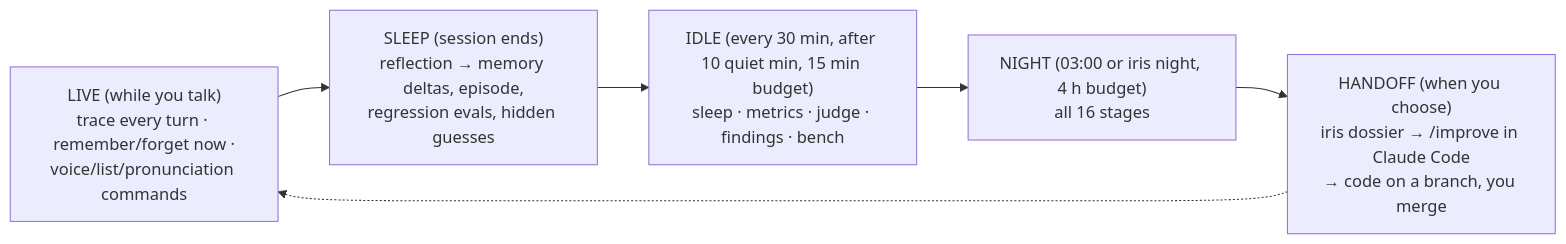
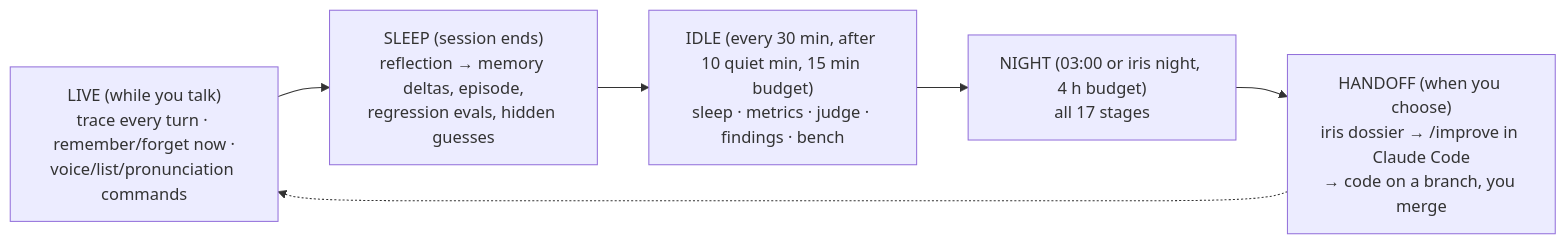
The first of 7 diagrams in docs/architecture/08-learning-loops.md (tronnyg/the-iris-system), drawn with Mermaid before and after one commit. The commit also changed other lines of this file and 14 other files, not shown here.

````diff
--- a/docs/architecture/08-learning-loops.md
+++ b/docs/architecture/08-learning-loops.md
@@ -9,9 +9,9 @@
 ```mermaid
 flowchart LR
     LIVE["LIVE (while you talk)<br/>trace every turn · remember/forget now ·<br/>voice/list/pronunciation commands"] --> SLEEP
     SLEEP["SLEEP (session ends)<br/>reflection → memory deltas, episode,<br/>regression evals, hidden guesses"] --> IDLE
     IDLE["IDLE (every 30 min, after 10 quiet min, 15 min budget)<br/>sleep · metrics · judge · findings · bench"] --> NIGHT
-    NIGHT["NIGHT (03:00 or iris night, 4 h budget)<br/>all 16 stages"] --> HAND
+    NIGHT["NIGHT (03:00 or iris night, 4 h budget)<br/>all 17 stages"] --> HAND
     HAND["HANDOFF (when you choose)<br/>iris dossier → /improve in Claude Code<br/>→ code on a branch, you merge"]
     HAND -.-> LIVE
 ```
````
